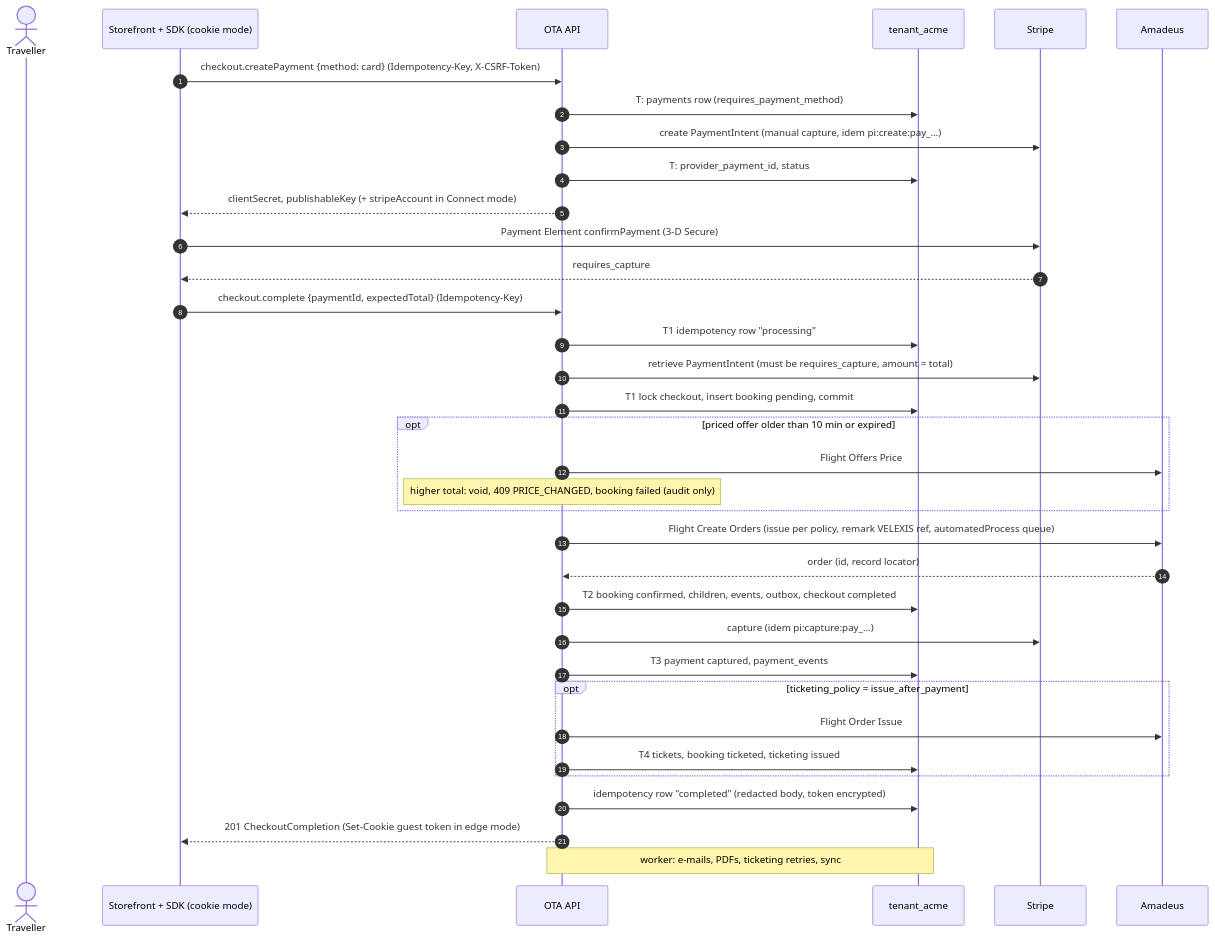
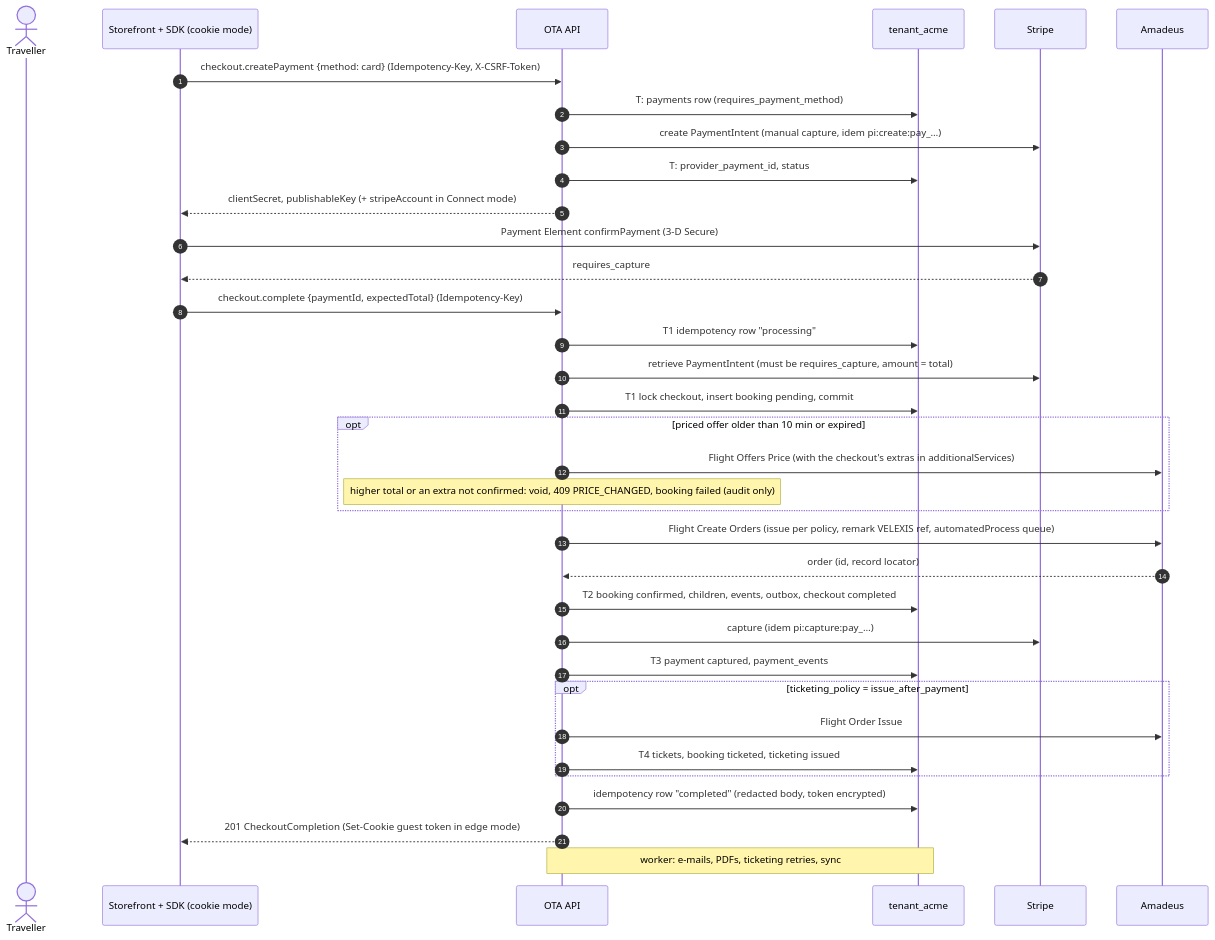
One commit to bhagwati-prasad/velexis-ota changed the second of 4 diagrams in ota/docs/architecture-booking.md. Above: the diagram before and after it, drawn with Mermaid. The commit also changed other lines of this file and 20 other files, not shown here.

````diff
--- a/ota/docs/architecture-booking.md
+++ b/ota/docs/architecture-booking.md
@@ -37,38 +37,38 @@
 ```mermaid
 sequenceDiagram
   autonumber
   actor T as Traveller
   participant B as Storefront + SDK (cookie mode)
   participant O as OTA API
   participant D as tenant_acme
   participant S as Stripe
   participant A as Amadeus
 
   B->>O: checkout.createPayment {method: card} (Idempotency-Key, X-CSRF-Token)
   O->>D: T: payments row (requires_payment_method)
   O->>S: create PaymentIntent (manual capture, idem pi:create:pay_…)
   O->>D: T: provider_payment_id, status
   O-->>B: clientSecret, publishableKey (+ stripeAccount in Connect mode)
   B->>S: Payment Element confirmPayment (3-D Secure)
   S-->>B: requires_capture
   B->>O: checkout.complete {paymentId, expectedTotal} (Idempotency-Key)
   O->>D: T1 idempotency row "processing"
   O->>S: retrieve PaymentIntent (must be requires_capture, amount = total)
   O->>D: T1 lock checkout, insert booking pending, commit
   opt priced offer older than 10 min or expired
-    O->>A: Flight Offers Price
-    Note over O: higher total: void, 409 PRICE_CHANGED, booking failed (audit only)
+    O->>A: Flight Offers Price (with the checkout's extras in additionalServices)
+    Note over O: higher total or an extra not confirmed: void, 409 PRICE_CHANGED, booking failed (audit only)
   end
   O->>A: Flight Create Orders (issue per policy, remark VELEXIS ref, automatedProcess queue)
   A-->>O: order (id, record locator)
   O->>D: T2 booking confirmed, children, events, outbox, checkout completed
   O->>S: capture (idem pi:capture:pay_…)
   O->>D: T3 payment captured, payment_events
   opt ticketing_policy = issue_after_payment
     O->>A: Flight Order Issue
     O->>D: T4 tickets, booking ticketed, ticketing issued
   end
   O->>D: idempotency row "completed" (redacted body, token encrypted)
   O-->>B: 201 CheckoutCompletion (Set-Cookie guest token in edge mode)
   Note over O,D: worker: e-mails, PDFs, ticketing retries, sync
 ```
````
